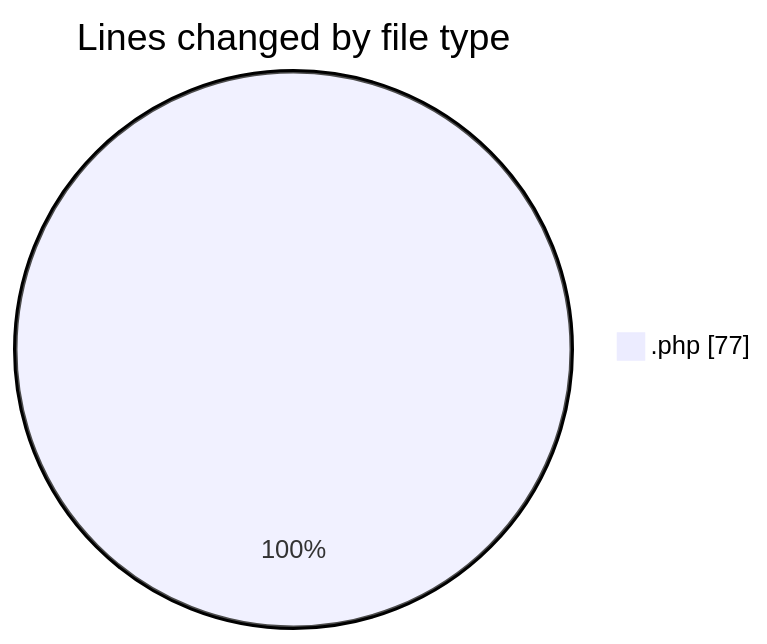
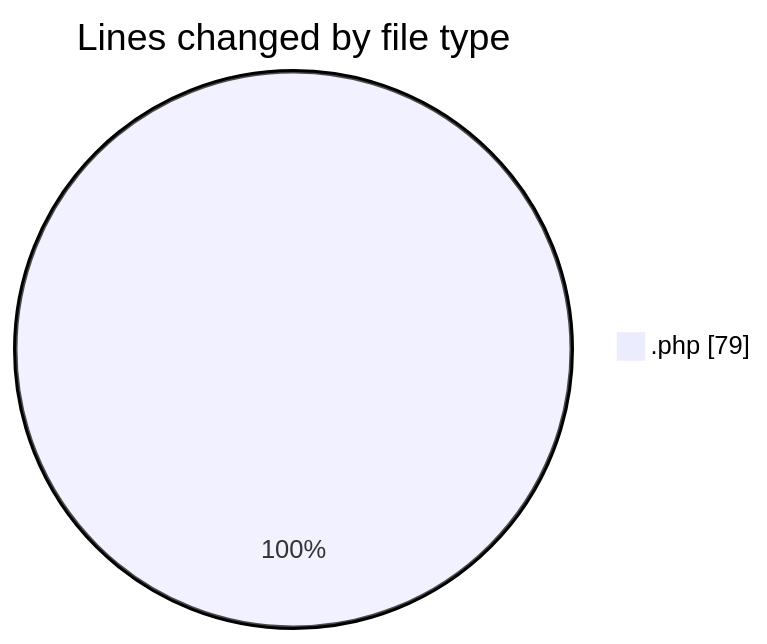
The first of 2 diagrams in 2025-06-06/sewa-mobil/README.md (idhammustaqopulfikri/code-tracking), drawn with Mermaid before and after one commit. The commit also changed other lines of this file and 1 other file, not shown here.

````diff
--- a/2025-06-06/sewa-mobil/README.md
+++ b/2025-06-06/sewa-mobil/README.md
@@ -21,5 +22,5 @@
 ```mermaid
 pie showData
 title Lines changed by file type
-".php" : 77
+".php" : 79
 ```
````
